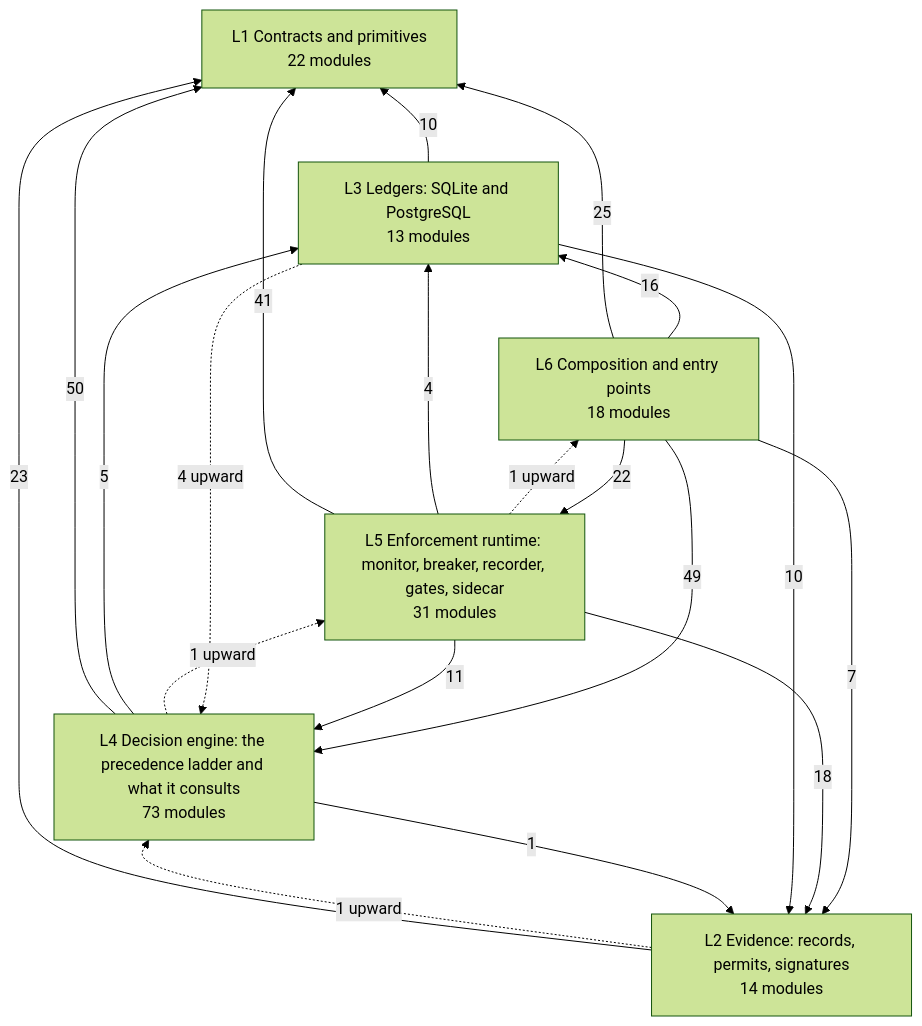
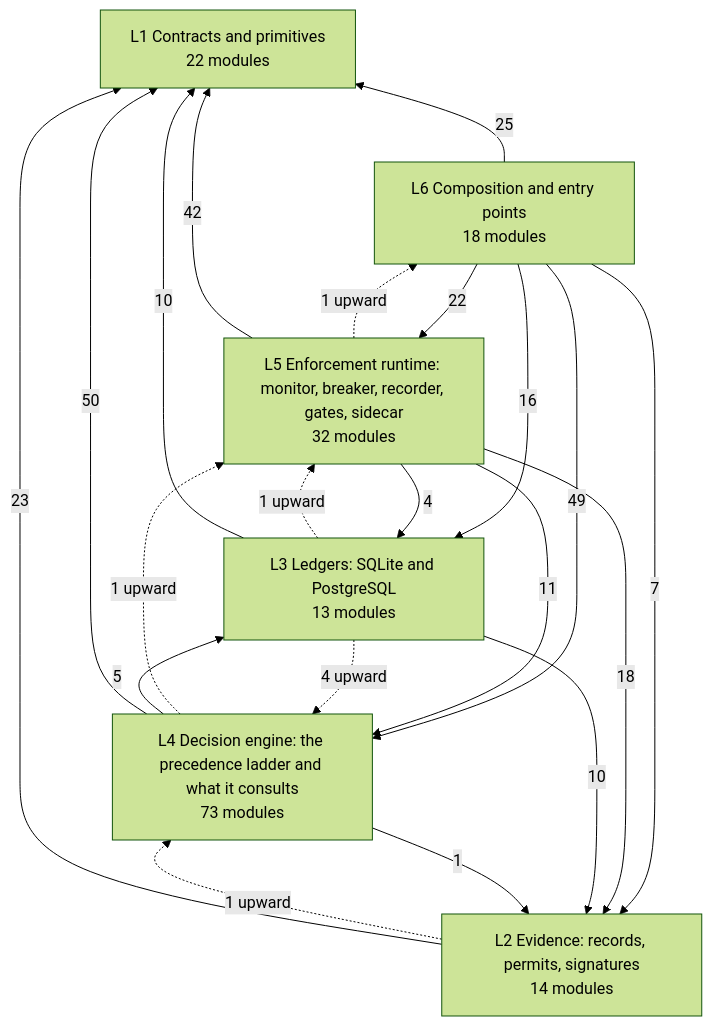
The diagram in docs/architecture/DEPENDENCIES.md (LOLA0786/privatevault-agent-dna), drawn with Mermaid (forest theme) before and after one commit. The commit also changed other lines of this file and 17 other files, not shown here.

````diff
--- a/docs/architecture/DEPENDENCIES.md
+++ b/docs/architecture/DEPENDENCIES.md
@@ -12,28 +12,29 @@
 ```mermaid
 flowchart BT
   L1["L1 Contracts and primitives<br/>22 modules"]
   L2["L2 Evidence: records, permits, signatures<br/>14 modules"]
   L3["L3 Ledgers: SQLite and PostgreSQL<br/>13 modules"]
   L4["L4 Decision engine: the precedence ladder and what it consults<br/>73 modules"]
-  L5["L5 Enforcement runtime: monitor, breaker, recorder, gates, sidecar<br/>31 modules"]
+  L5["L5 Enforcement runtime: monitor, breaker, recorder, gates, sidecar<br/>32 modules"]
   L6["L6 Composition and entry points<br/>18 modules"]
   L2 -->|23| L1
   L3 -->|10| L1
   L3 -->|10| L2
   L4 -->|50| L1
   L4 -->|1| L2
   L4 -->|5| L3
-  L5 -->|41| L1
+  L5 -->|42| L1
   L5 -->|18| L2
   L5 -->|4| L3
   L5 -->|11| L4
   L6 -->|25| L1
   L6 -->|7| L2
   L6 -->|16| L3
   L6 -->|49| L4
   L6 -->|22| L5
   L2 -.->|1 upward| L4
   L3 -.->|4 upward| L4
+  L3 -.->|1 upward| L5
   L4 -.->|1 upward| L5
   L5 -.->|1 upward| L6
 ```
````
